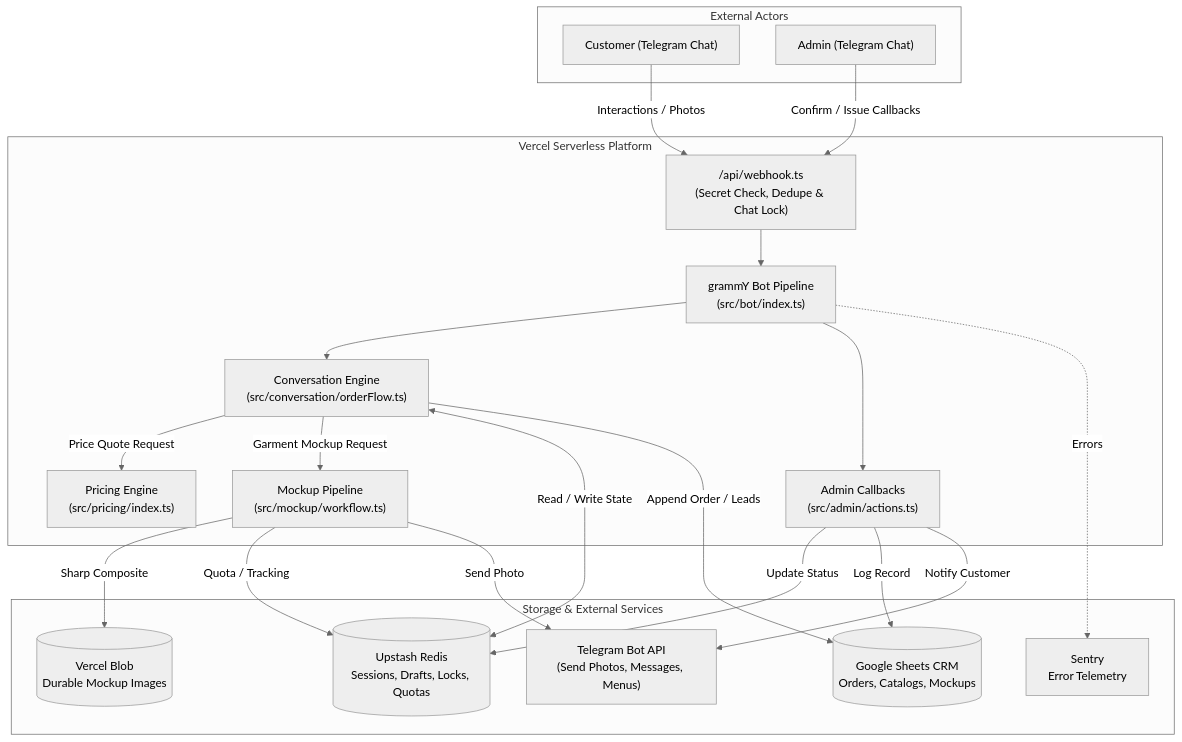
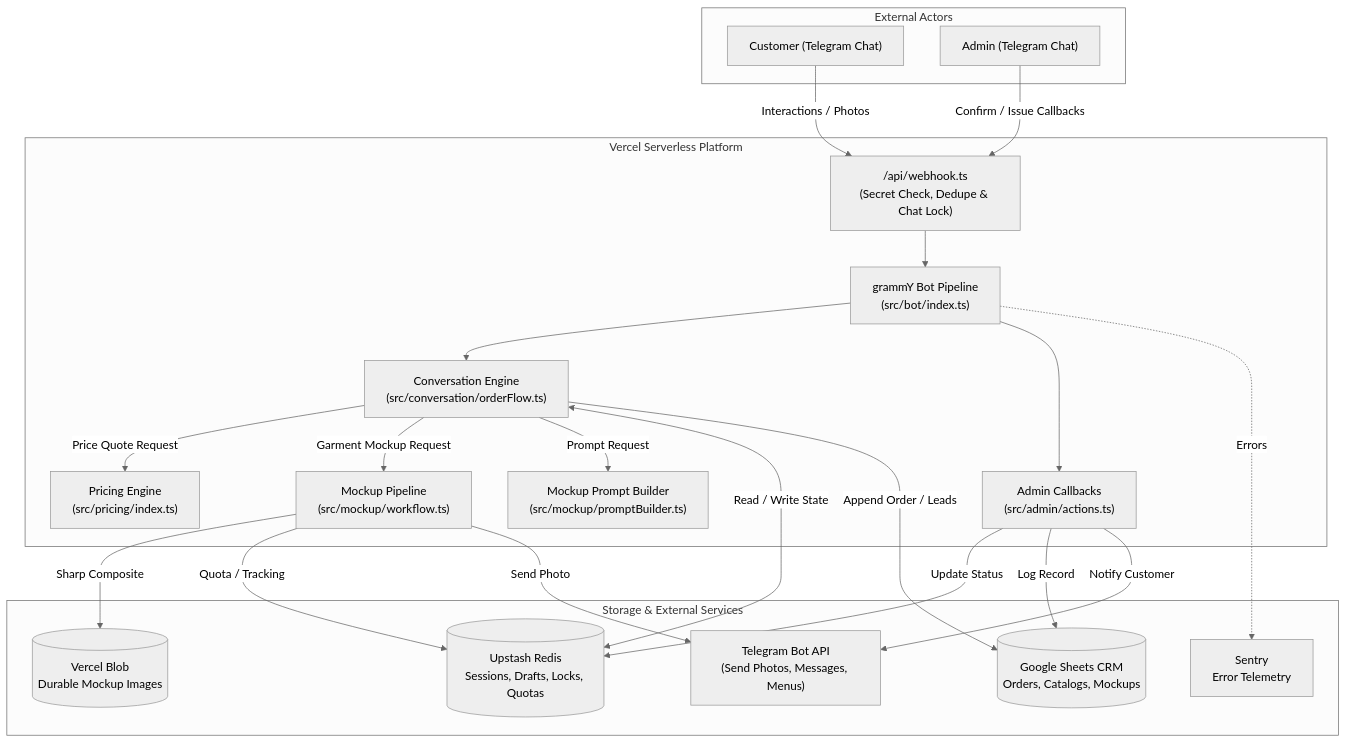
Before and after one commit to surajlm925-bit/custom_team_wear: the first of 2 diagrams in docs/ARCHITECTURE.md, drawn with Mermaid (neutral theme). The commit also changed 455 other files, not shown here.

````diff
--- a/docs/ARCHITECTURE.md
+++ b/docs/ARCHITECTURE.md
@@ -11,45 +11,47 @@
 ```mermaid
 flowchart TD
     subgraph Clients["External Actors"]
         Customer["Customer (Telegram Chat)"]
         Admin["Admin (Telegram Chat)"]
     end
 
     subgraph Vercel["Vercel Serverless Platform"]
         Webhook["/api/webhook.ts<br/>(Secret Check, Dedupe & Chat Lock)"]
         BotEngine["grammY Bot Pipeline<br/>(src/bot/index.ts)"]
         ConvFlow["Conversation Engine<br/>(src/conversation/orderFlow.ts)"]
         PricingEngine["Pricing Engine<br/>(src/pricing/index.ts)"]
         MockupPipeline["Mockup Pipeline<br/>(src/mockup/workflow.ts)"]
+        MockupPromptBuilder["Mockup Prompt Builder<br/>(src/mockup/promptBuilder.ts)"]
         AdminActions["Admin Callbacks<br/>(src/admin/actions.ts)"]
     end
 
     subgraph DataStores["Storage & External Services"]
         Redis[("Upstash Redis<br/>Sessions, Drafts, Locks, Quotas")]
         Sheets[("Google Sheets CRM<br/>Orders, Catalogs, Mockups")]
         VercelBlob[("Vercel Blob<br/>Durable Mockup Images")]
         TelegramAPI["Telegram Bot API<br/>(Send Photos, Messages, Menus)"]
         Sentry["Sentry<br/>Error Telemetry"]
     end
 
     Customer -->|Interactions / Photos| Webhook
     Admin -->|Confirm / Issue Callbacks| Webhook
     Webhook --> BotEngine
     BotEngine --> ConvFlow
     BotEngine --> AdminActions
 
     ConvFlow -->|Price Quote Request| PricingEngine
     ConvFlow -->|Garment Mockup Request| MockupPipeline
+    ConvFlow -->|Prompt Request| MockupPromptBuilder
     ConvFlow <-->|Read / Write State| Redis
 
     MockupPipeline -->|Sharp Composite| VercelBlob
     MockupPipeline -->|Quota / Tracking| Redis
     MockupPipeline -->|Send Photo| TelegramAPI
 
     AdminActions -->|Update Status| Redis
     AdminActions -->|Log Record| Sheets
     AdminActions -->|Notify Customer| TelegramAPI
 
     ConvFlow -->|Append Order / Leads| Sheets
     BotEngine -.->|Errors| Sentry
 ```
````
